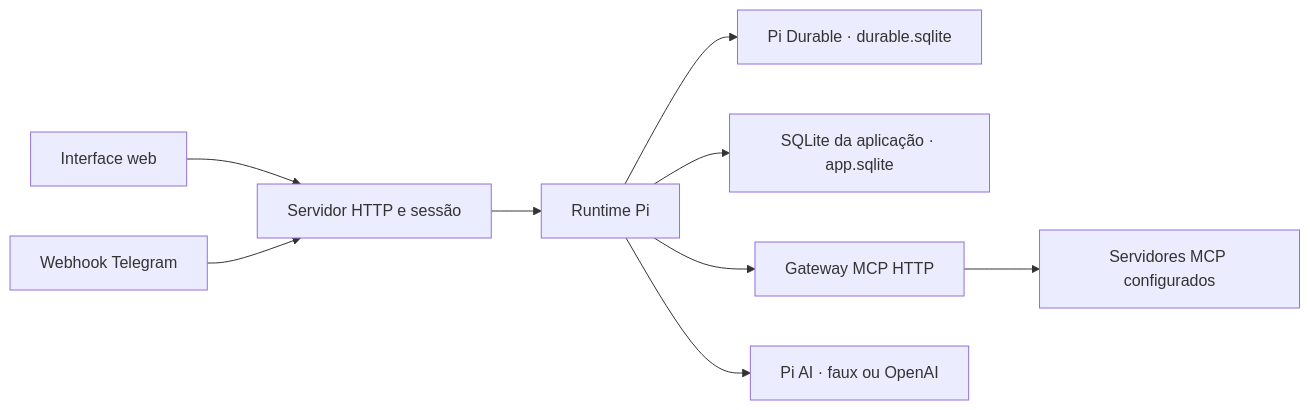
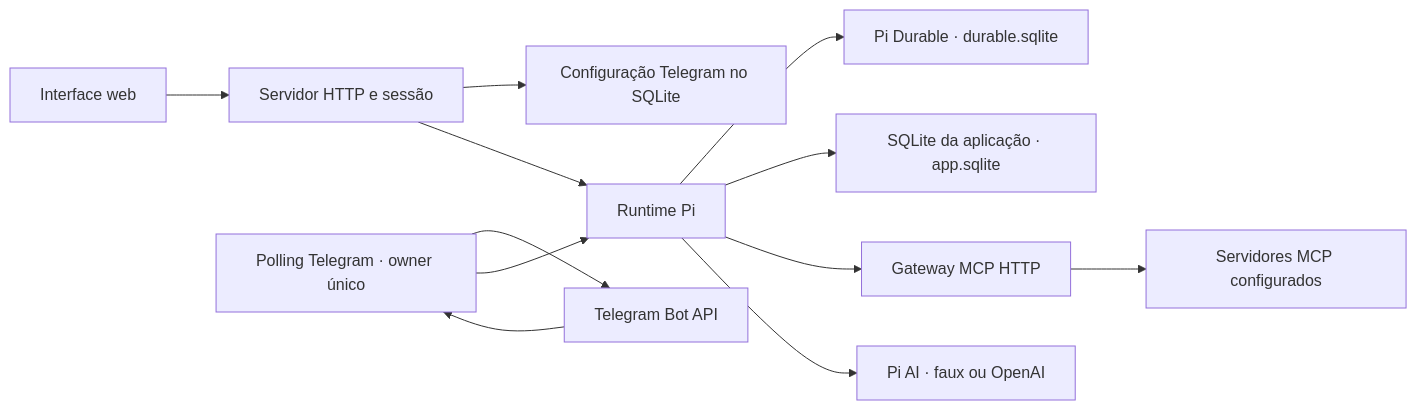
The diagram in docs/architecture.md (forge-z/pi-agent), drawn with Mermaid before and after one commit. The commit also changed other lines of this file and 28 other files, not shown here.

````diff
--- a/docs/architecture.md
+++ b/docs/architecture.md
@@ -3,11 +3,14 @@
 ```mermaid
 flowchart LR
   Browser[Interface web] --> HTTP[Servidor HTTP e sessão]
-  Telegram[Webhook Telegram] --> HTTP
-  HTTP --> Runtime[Runtime Pi]
+  HTTP --> Config[Configuração Telegram no SQLite]
+  Poller[Polling Telegram · owner único] --> BotAPI[Telegram Bot API]
+  BotAPI --> Poller
+  Poller --> Runtime[Runtime Pi]
+  HTTP --> Runtime
   Runtime --> Durable[Pi Durable · durable.sqlite]
   Runtime --> AppDB[SQLite da aplicação · app.sqlite]
   Runtime --> MCP[Gateway MCP HTTP]
   MCP --> Servers[Servidores MCP configurados]
   Runtime --> Provider[Pi AI · faux ou OpenAI]
 ```
````
